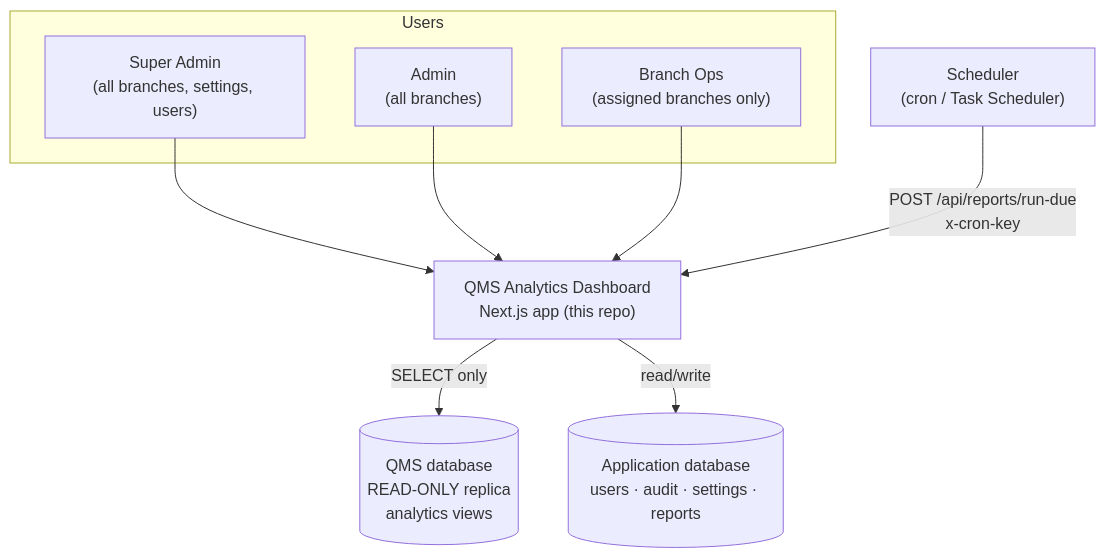
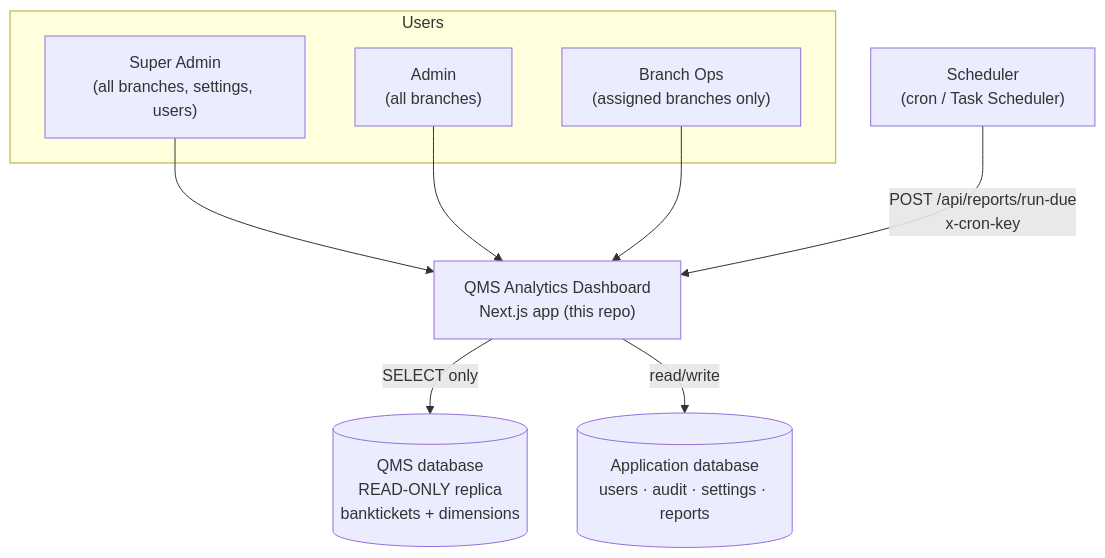
The first of 10 diagrams in docs/ARCHITECTURE.md (jethro-achi/qms-dashboard), drawn with Mermaid before and after one commit. The commit also changed other lines of this file and 10 other files, not shown here.

Commit message:
Revert Sentry; reconcile QMS schema; add analytics cache + perf knobs

````diff
--- a/docs/ARCHITECTURE.md
+++ b/docs/ARCHITECTURE.md
@@ -27,21 +27,21 @@
 ```mermaid
 graph TD
   subgraph Users
     SA["Super Admin<br/>(all branches, settings, users)"]
     AD["Admin<br/>(all branches)"]
     BO["Branch Ops<br/>(assigned branches only)"]
   end
 
   DASH["QMS Analytics Dashboard<br/>Next.js app (this repo)"]
 
-  QMS[("QMS database<br/>READ-ONLY replica<br/>analytics views")]
+  QMS[("QMS database<br/>READ-ONLY replica<br/>banktickets + dimensions")]
   APP[("Application database<br/>users · audit · settings · reports")]
   CRON["Scheduler<br/>(cron / Task Scheduler)"]
 
   SA --> DASH
   AD --> DASH
   BO --> DASH
   DASH -->|SELECT only| QMS
   DASH -->|read/write| APP
   CRON -->|POST /api/reports/run-due<br/>x-cron-key| DASH
 ```
````
